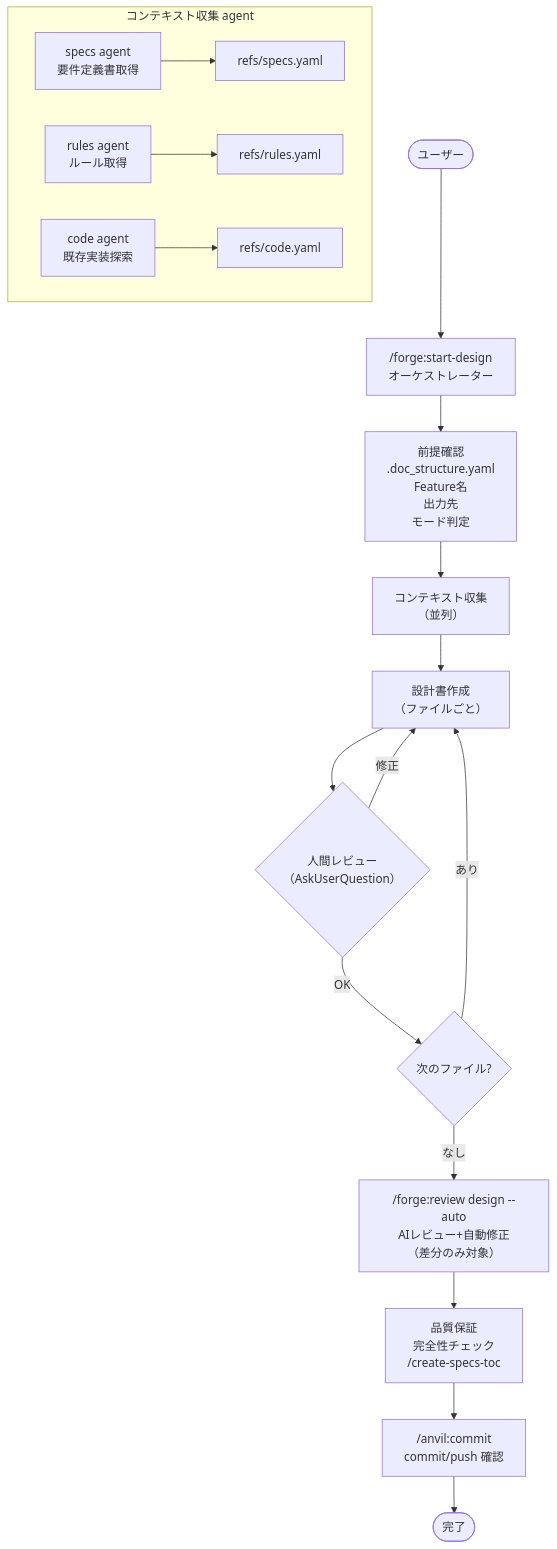
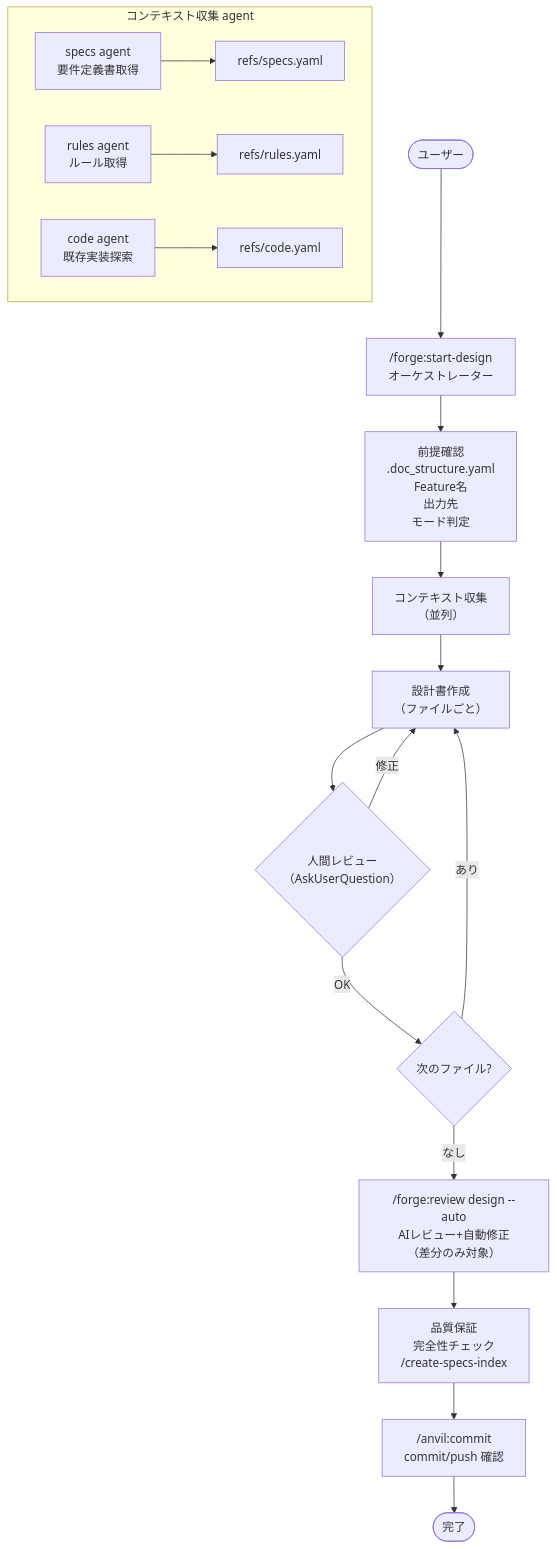
Before and after one commit to BlueEventHorizon/bw-cc-plugins: the diagram in docs/specs/forge/design/create_design_workflow_design.md, drawn with Mermaid. The commit also changed other lines of this file and 39 other files, not shown here.

````diff
--- a/docs/specs/forge/design/create_design_workflow_design.md
+++ b/docs/specs/forge/design/create_design_workflow_design.md
@@ -26,30 +26,30 @@
 ```mermaid
 flowchart TD
     User([ユーザー]) --> ORCHESTRATOR
 
     ORCHESTRATOR["/forge:start-design<br>オーケストレーター"] --> PREREQ
 
     PREREQ["前提確認<br>.doc_structure.yaml<br>Feature名<br>出力先<br>モード判定"] --> CONTEXT
 
     CONTEXT["コンテキスト収集<br>（並列）"] --> DESIGN
 
     subgraph CONTEXT_AGENTS["コンテキスト収集 agent"]
         A1["specs agent<br>要件定義書取得"] --> REFS_SPECS["refs/specs.yaml"]
         A2["rules agent<br>ルール取得"] --> REFS_RULES["refs/rules.yaml"]
         A3["code agent<br>既存実装探索"] --> REFS_CODE["refs/code.yaml"]
     end
 
     DESIGN["設計書作成<br>（ファイルごと）"] --> REVIEW_ASK
 
     REVIEW_ASK{"人間レビュー<br>（AskUserQuestion）"} -->|"OK"| NEXT_FILE
     REVIEW_ASK -->|"修正"| DESIGN
 
     NEXT_FILE{次のファイル?} -->|"あり"| DESIGN
     NEXT_FILE -->|"なし"| AI_REVIEW
 
     AI_REVIEW["/forge:review design --auto<br>AIレビュー+自動修正<br>（差分のみ対象）"] --> QA
 
-    QA["品質保証<br>完全性チェック<br>/create-specs-toc"] --> COMMIT
+    QA["品質保証<br>完全性チェック<br>/create-specs-index"] --> COMMIT
 
     COMMIT["/anvil:commit<br>commit/push 確認"] --> End([完了])
 ```
````
